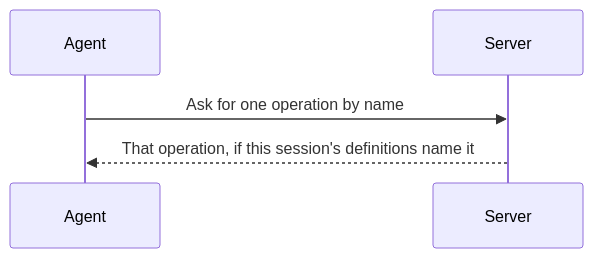
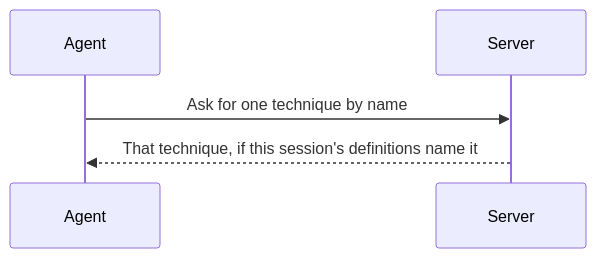
Before and after one commit to m2ux/workflow-server: the ninth of 26 diagrams in docs/delivery.md, drawn with Mermaid. The commit also changed other lines of this file and 3 other files, not shown here.

Commit message:
Name a bound file a technique, and keep operation for a tool call.

````diff
--- a/docs/delivery.md
+++ b/docs/delivery.md
@@ -166,7 +166,7 @@
 ```mermaid
 sequenceDiagram
   participant Agent
   participant Server
-  Agent->>Server: Ask for one operation by name
-  Server-->>Agent: That operation, if this session's definitions name it
+  Agent->>Server: Ask for one technique by name
+  Server-->>Agent: That technique, if this session's definitions name it
 ```
````
